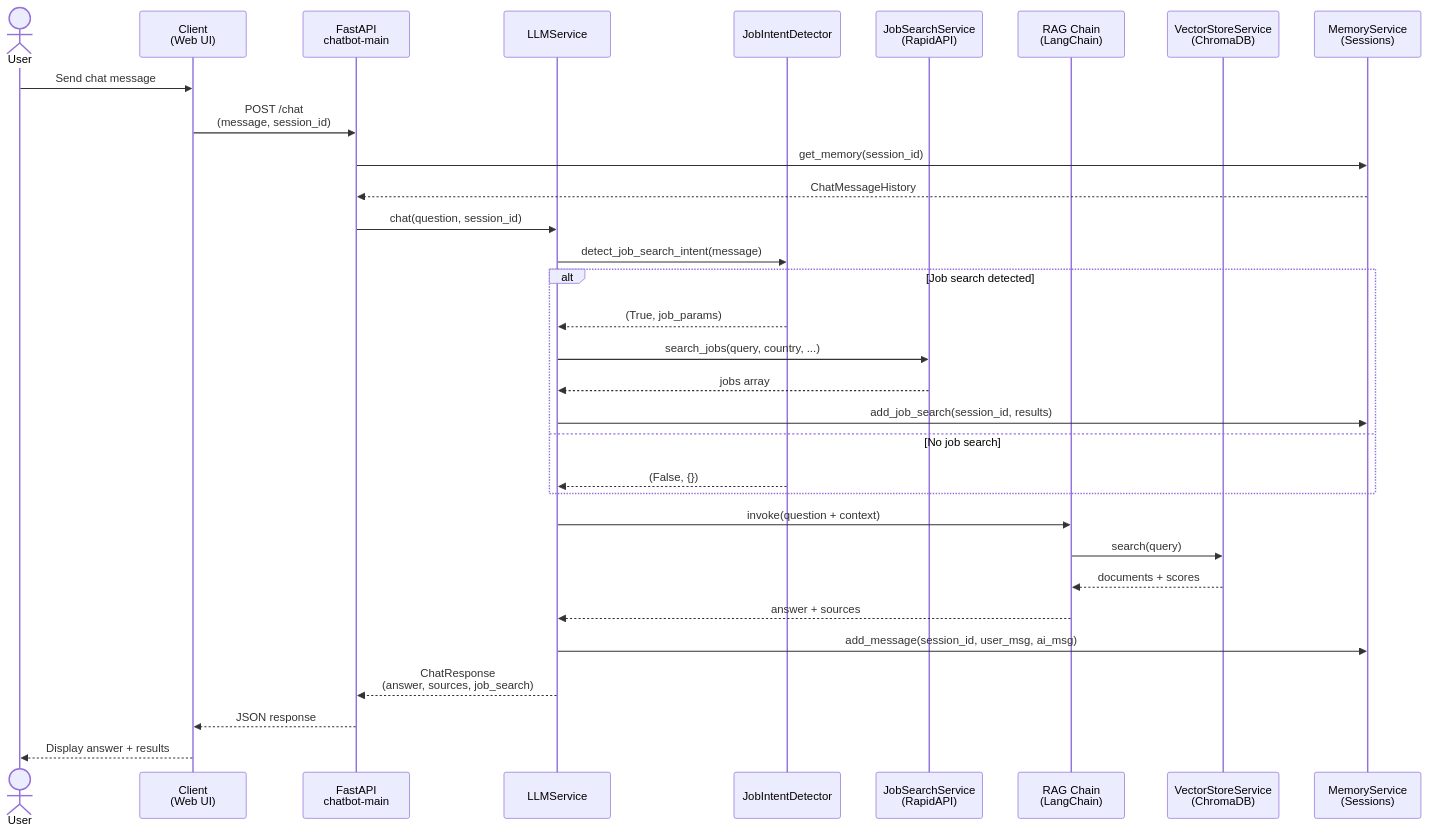
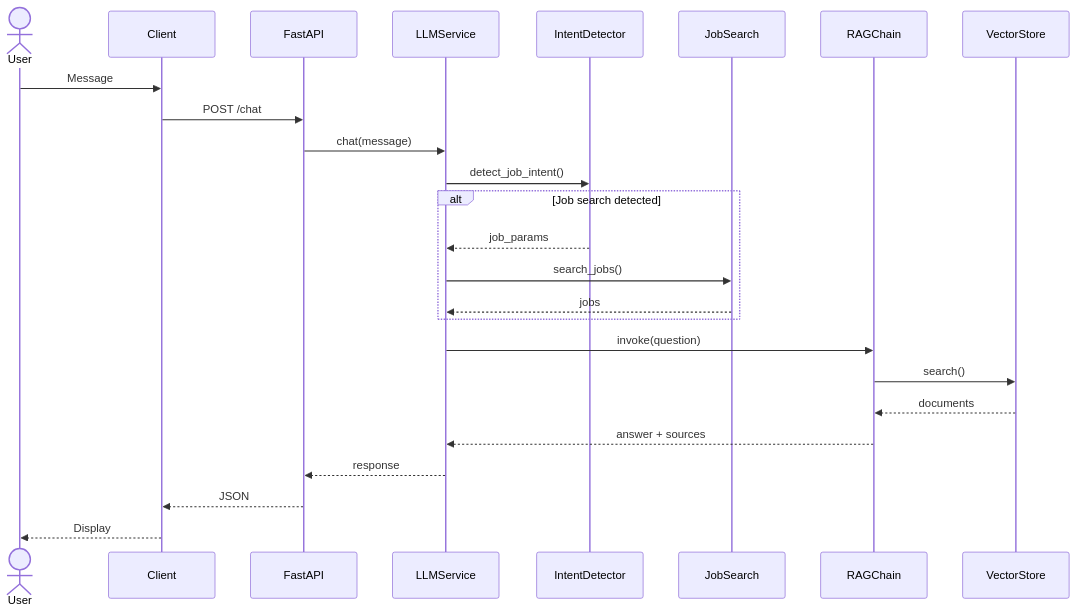
The first of 2 diagrams in README.md (morningstar-47/job-scrape-engine), drawn with Mermaid before and after one commit. The commit also changed other lines of this file, not shown here.

`````diff
--- a/README.md
+++ b/README.md
@@ -17,35 +212,30 @@
 ```mermaid
 sequenceDiagram
     actor User
-    participant Client as Client<br/>(Web UI)
-    participant FastAPI as FastAPI<br/>chatbot-main
-    participant LLMSvc as LLMService
-    participant IntentDet as JobIntentDetector
-    participant JobSearch as JobSearchService<br/>(RapidAPI)
-    participant RAGChain as RAG Chain<br/>(LangChain)
-    participant VectorStore as VectorStoreService<br/>(ChromaDB)
-    participant MemSvc as MemoryService<br/>(Sessions)
+    participant Client
+    participant FastAPI
+    participant LLMService
+    participant IntentDetector
+    participant JobSearch
+    participant RAGChain
+    participant VectorStore
 
-    User->>Client: Send chat message
-    Client->>FastAPI: POST /chat<br/>(message, session_id)
-    FastAPI->>MemSvc: get_memory(session_id)
-    MemSvc-->>FastAPI: ChatMessageHistory
-    FastAPI->>LLMSvc: chat(question, session_id)
-    LLMSvc->>IntentDet: detect_job_search_intent(message)
+    User->>Client: Message
+    Client->>FastAPI: POST /chat
+    FastAPI->>LLMService: chat(message)
+    LLMService->>IntentDetector: detect_job_intent()
+    
     alt Job search detected
-        IntentDet-->>LLMSvc: (True, job_params)
-        LLMSvc->>JobSearch: search_jobs(query, country, ...)
-        JobSearch-->>LLMSvc: jobs array
-        LLMSvc->>MemSvc: add_job_search(session_id, results)
-    else No job search
-        IntentDet-->>LLMSvc: (False, {})
+        IntentDetector-->>LLMService: job_params
+        LLMService->>JobSearch: search_jobs()
+        JobSearch-->>LLMService: jobs
     end
-    LLMSvc->>RAGChain: invoke(question + context)
-    RAGChain->>VectorStore: search(query)
-    VectorStore-->>RAGChain: documents + scores
-    RAGChain-->>LLMSvc: answer + sources
-    LLMSvc->>MemSvc: add_message(session_id, user_msg, ai_msg)
-    LLMSvc-->>FastAPI: ChatResponse<br/>(answer, sources, job_search)
-    FastAPI-->>Client: JSON response
-    Client-->>User: Display answer + results
-````
+    
+    LLMService->>RAGChain: invoke(question)
+    RAGChain->>VectorStore: search()
+    VectorStore-->>RAGChain: documents
+    RAGChain-->>LLMService: answer + sources
+    LLMService-->>FastAPI: response
+    FastAPI-->>Client: JSON
+    Client-->>User: Display
+```
`````
